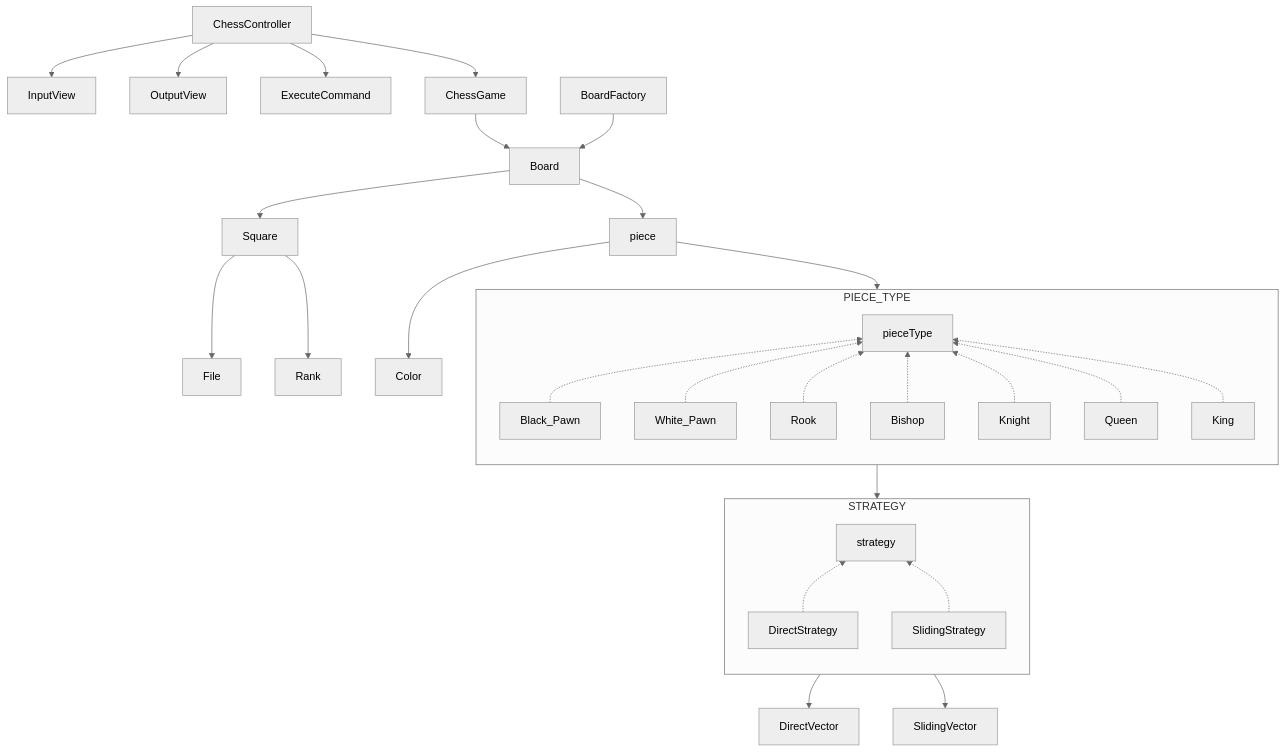
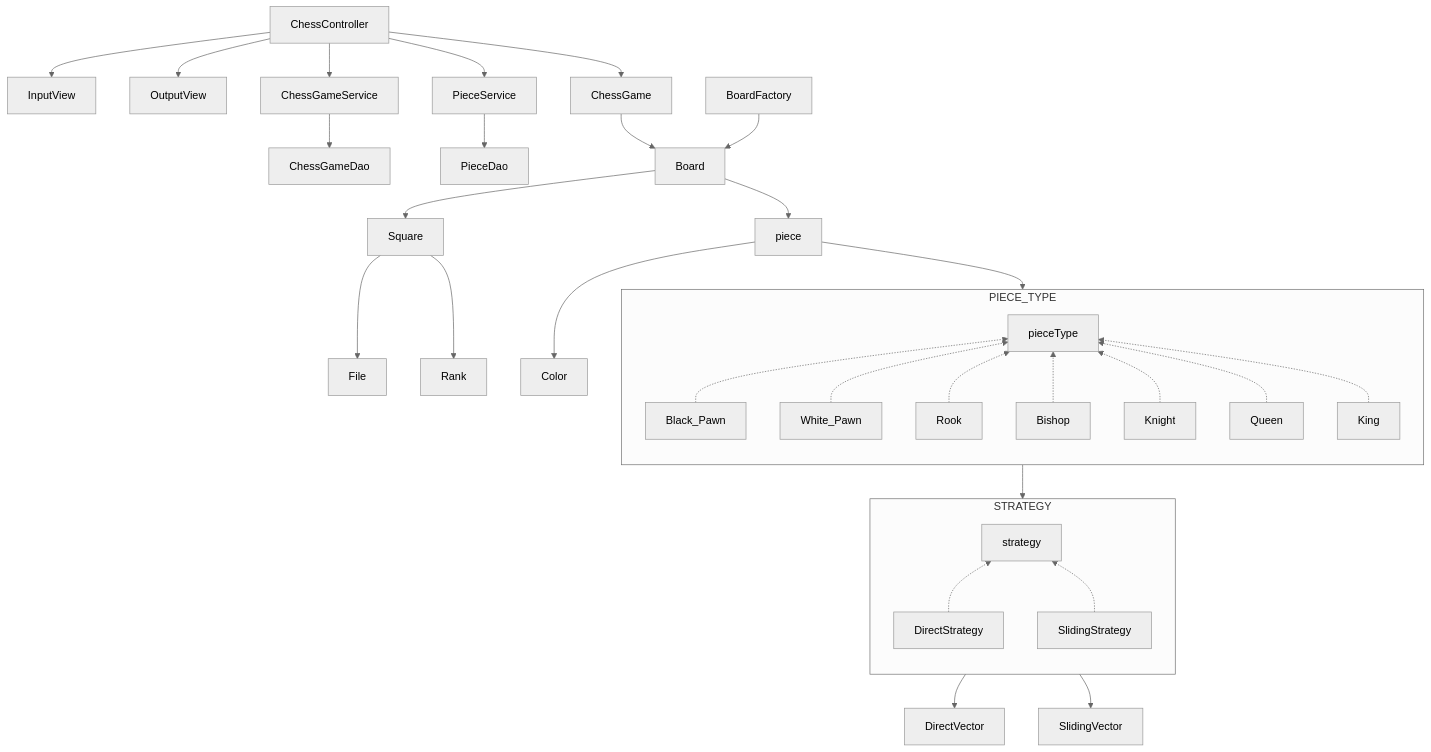
Before and after one commit to woowacourse/java-chess: the diagram in README.md, drawn with Mermaid (neutral theme).

Commit message:
docs: 체스 미션 문서 수정

````diff
--- a/README.md
+++ b/README.md
@@ -11,42 +11,46 @@
 ```mermaid
 graph TD
     ChessController --> InputView
     ChessController --> OutputView
-    ChessController --> ExecuteCommand
+    ChessController --> ChessGameService
+    ChessController --> PieceService
+    ChessController --> ChessGame
 
-    ChessController --> ChessGame
+    ChessGameService --> ChessGameDao
+    PieceService --> PieceDao
+
     ChessGame --> Board
 
     Square --> File
     Square --> Rank
 
     BoardFactory --> Board
 
     Board --> Square
     Board --> piece
 
     piece --> Color
     piece --> PIECE_TYPE
 
     subgraph PIECE_TYPE
         direction BT
         Black_Pawn -.-> pieceType
         White_Pawn -.-> pieceType
         Rook -.-> pieceType
         Bishop -.-> pieceType
         Knight -.-> pieceType
         Queen -.-> pieceType
         King -.-> pieceType
     end
 
     PIECE_TYPE --> STRATEGY
 
     subgraph STRATEGY
         direction BT
         DirectStrategy -.-> strategy
         SlidingStrategy -.-> strategy
     end
 
     STRATEGY --> DirectVector
     STRATEGY --> SlidingVector
 ```
````
